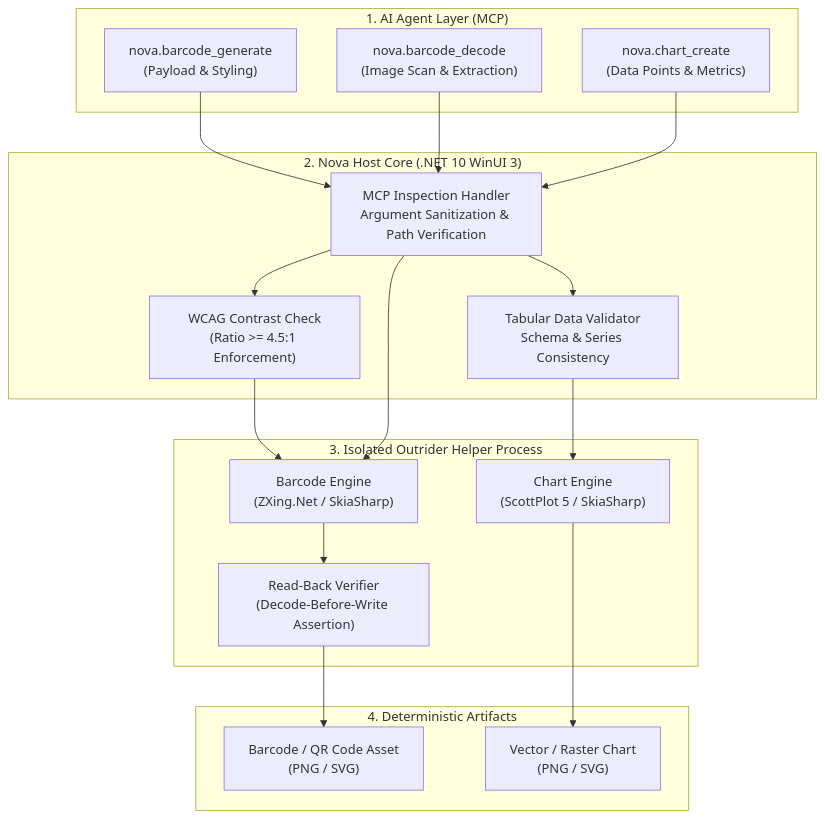
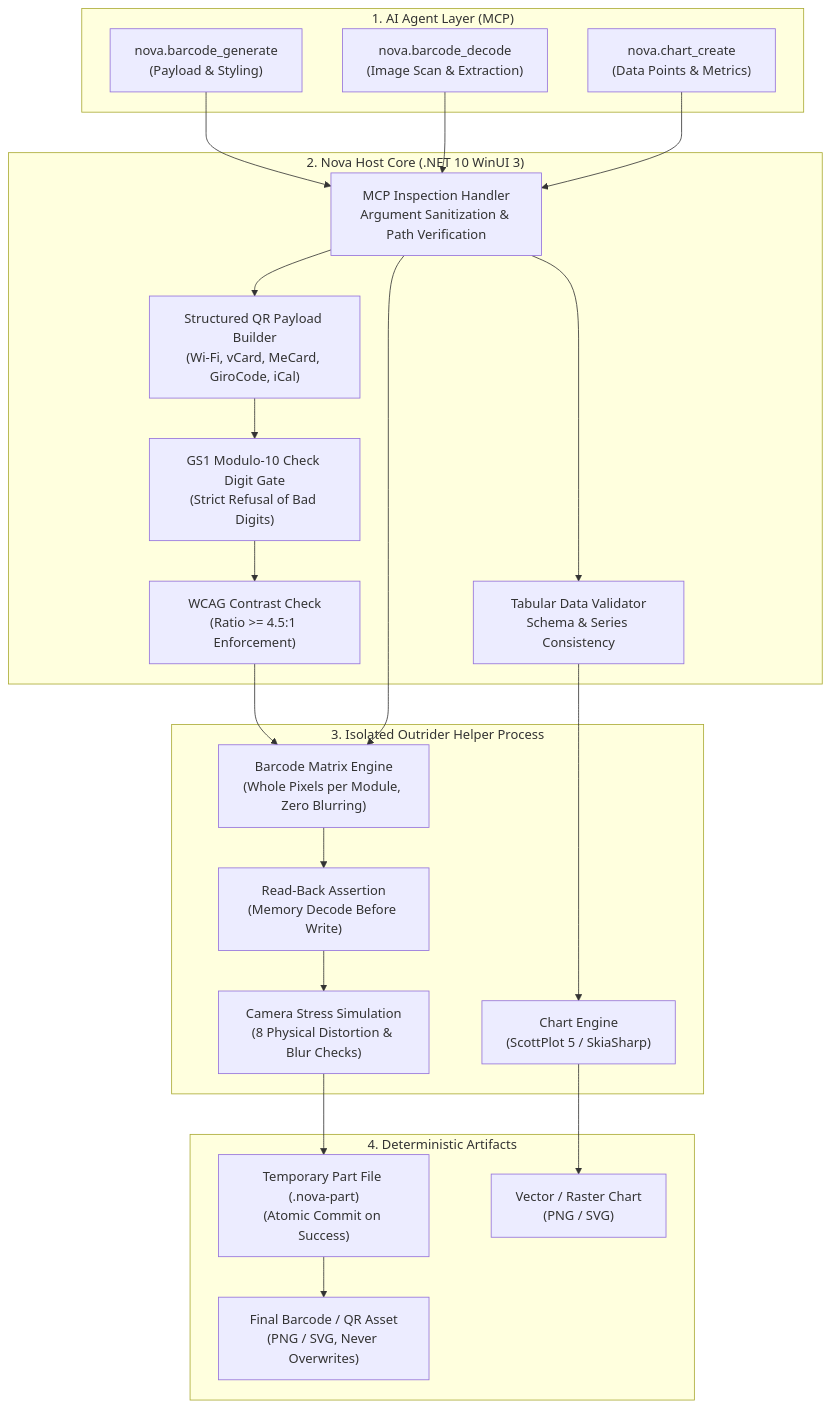
One commit to joelaniol/nova changed the first of 5 diagrams in docs/core-features/media-intelligence/barcodes-and-charts/README.md. Above: the diagram before and after it, drawn with Mermaid. The commit also changed other lines of this file and 7 other files, not shown here.

Commit message:
docs(barcode): document structured qr payloads, check digit validation, styling, and verification

````diff
--- a/docs/core-features/media-intelligence/barcodes-and-charts/README.md
+++ b/docs/core-features/media-intelligence/barcodes-and-charts/README.md
@@ -14,30 +14,34 @@
 ```mermaid
 flowchart TD
     subgraph AgentLayer["1. AI Agent Layer (MCP)"]
         BarcodeGen["nova.barcode_generate<br>(Payload & Styling)"]
         BarcodeDec["nova.barcode_decode<br>(Image Scan & Extraction)"]
         ChartCreate["nova.chart_create<br>(Data Points & Metrics)"]
     end
 
     subgraph HostCore["2. Nova Host Core (.NET 10 WinUI 3)"]
         Inspector["MCP Inspection Handler<br>Argument Sanitization & Path Verification"]
+        PayloadBuilder["Structured QR Payload Builder<br>(Wi-Fi, vCard, MeCard, GiroCode, iCal)"]
+        GS1Gate["GS1 Modulo-10 Check Digit Gate<br>(Strict Refusal of Bad Digits)"]
         ContrastGate["WCAG Contrast Check<br>(Ratio >= 4.5:1 Enforcement)"]
         DataValidator["Tabular Data Validator<br>Schema & Series Consistency"]
     end
 
     subgraph OutriderHelper["3. Isolated Outrider Helper Process"]
-        BarcodeProbe["Barcode Engine<br>(ZXing.Net / SkiaSharp)"]
+        BarcodeProbe["Barcode Matrix Engine<br>(Whole Pixels per Module, Zero Blurring)"]
+        ReadBack["Read-Back Assertion<br>(Memory Decode Before Write)"]
+        StressEngine["Camera Stress Simulation<br>(8 Physical Distortion & Blur Checks)"]
         ChartProbe["Chart Engine<br>(ScottPlot 5 / SkiaSharp)"]
-        ReadBack["Read-Back Verifier<br>(Decode-Before-Write Assertion)"]
     end
 
     subgraph DiskStorage["4. Deterministic Artifacts"]
-        BarcodeAsset["Barcode / QR Code Asset<br>(PNG / SVG)"]
+        PartFile["Temporary Part File (.nova-part)<br>(Atomic Commit on Success)"]
+        BarcodeAsset["Final Barcode / QR Asset<br>(PNG / SVG, Never Overwrites)"]
         ChartAsset["Vector / Raster Chart<br>(PNG / SVG)"]
     end
 
-    BarcodeGen --> Inspector --> ContrastGate --> BarcodeProbe
-    BarcodeProbe --> ReadBack --> BarcodeAsset
+    BarcodeGen --> Inspector --> PayloadBuilder --> GS1Gate --> ContrastGate --> BarcodeProbe
+    BarcodeProbe --> ReadBack --> StressEngine --> PartFile --> BarcodeAsset
     BarcodeDec --> Inspector --> BarcodeProbe
     ChartCreate --> Inspector --> DataValidator --> ChartProbe --> ChartAsset
 ```
````
